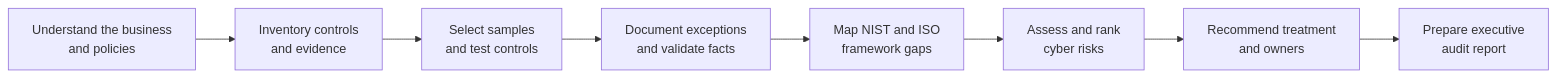
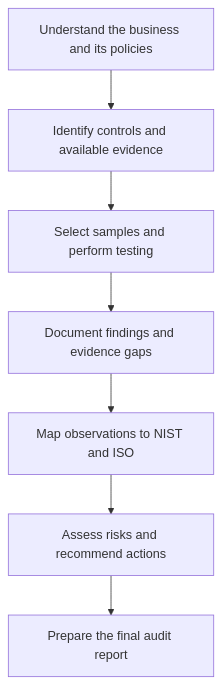
The diagram in README.md (ayaan-jae/HarborCart-GRCAudit), drawn with Mermaid before and after one commit. The commit also changed other lines of this file, not shown here.

````diff
--- a/README.md
+++ b/README.md
@@ -65,10 +53,9 @@
 ```mermaid
-flowchart LR
-    A[Understand the business<br/>and policies] --> B[Inventory controls<br/>and evidence]
-    B --> C[Select samples<br/>and test controls]
-    C --> D[Document exceptions<br/>and validate facts]
-    D --> E[Map NIST and ISO<br/>framework gaps]
-    E --> F[Assess and rank<br/>cyber risks]
-    F --> G[Recommend treatment<br/>and owners]
-    G --> H[Prepare executive<br/>audit report]
+flowchart TD
+    A[Understand the business and its policies] --> B[Identify controls and available evidence]
+    B --> C[Select samples and perform testing]
+    C --> D[Document findings and evidence gaps]
+    D --> E[Map observations to NIST and ISO]
+    E --> F[Assess risks and recommend actions]
+    F --> G[Prepare the final audit report]
 ```
````
